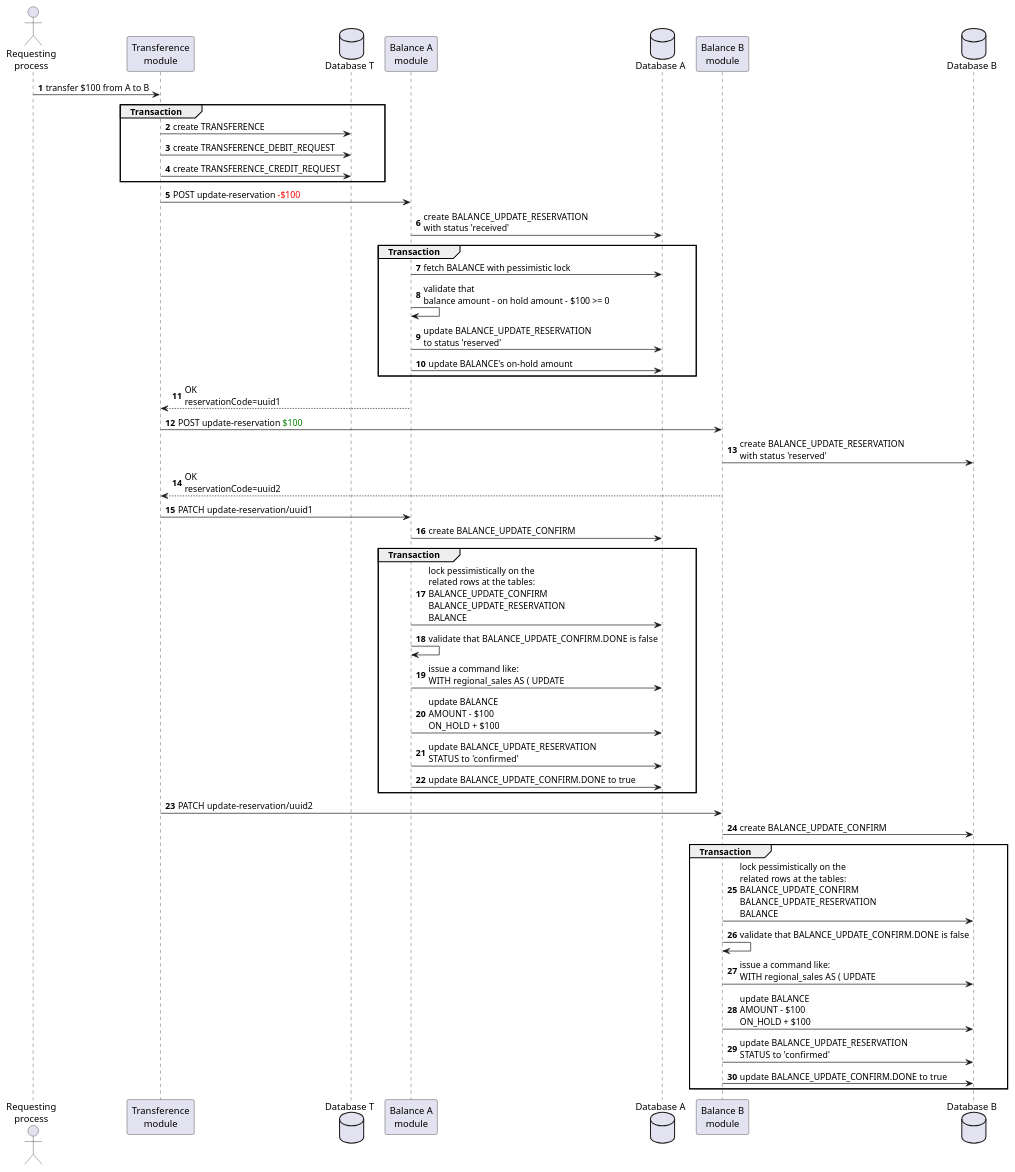
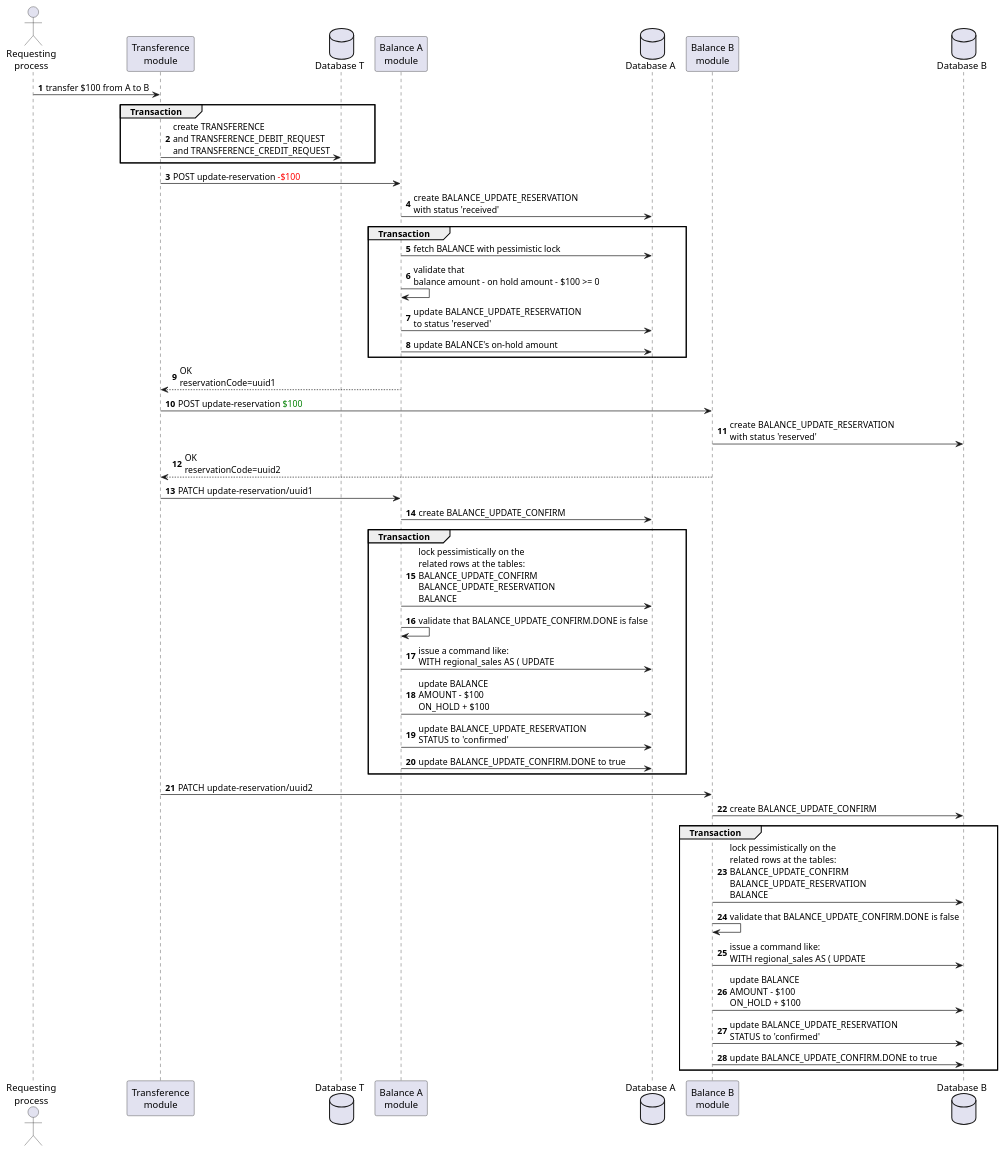
One commit to jfftonsic/kadmos-uc changed the diagram in documentation/transference.puml. Above: the diagram before and after it, drawn with PlantUML. The commit also changed 15 other files, not shown here.

```diff
--- a/documentation/transference.puml
+++ b/documentation/transference.puml
@@ -1,71 +1,69 @@
 @startuml
 'https://plantuml.com/sequence-diagram
 
 autonumber
 
 
 actor       "Requesting\nprocess"       as RP
 participant "Transference\nmodule" as TransfMod
 database    "Database T"    as DBT
 participant "Balance A\nmodule" as BalAMod
 database    "Database A"    as DBA
 participant "Balance B\nmodule" as BalBMod
 database    "Database B"    as DBB
 
 'boundary    Boundary    as Foo2
 'control     Control     as Foo3
 'entity      Entity      as Foo4
 'collections Collections as Foo6
 'queue       Queue       as Foo7
 
 RP -> TransfMod : transfer $100 from A to B
 group Transaction
-    TransfMod -> DBT : create TRANSFERENCE
-    TransfMod -> DBT : create TRANSFERENCE_DEBIT_REQUEST
-    TransfMod -> DBT : create TRANSFERENCE_CREDIT_REQUEST
+    TransfMod -> DBT : create TRANSFERENCE\nand TRANSFERENCE_DEBIT_REQUEST\nand TRANSFERENCE_CREDIT_REQUEST
 end
 
 TransfMod -> BalAMod : POST update-reservation <font color=red>-$100</font>
 BalAMod -> DBA : create BALANCE_UPDATE_RESERVATION\nwith status 'received'
 group Transaction
     BalAMod -> DBA : fetch BALANCE with pessimistic lock
     BalAMod -> BalAMod : validate that \nbalance amount - on hold amount - $100 >= 0
     BalAMod -> DBA : update BALANCE_UPDATE_RESERVATION\nto status 'reserved'
     BalAMod -> DBA : update BALANCE's on-hold amount
 end
 BalAMod --> TransfMod : OK\nreservationCode=uuid1
 
 TransfMod -> BalBMod : POST update-reservation <font color=green>$100</font>
 BalBMod -> DBB : create BALANCE_UPDATE_RESERVATION\nwith status 'reserved'
 BalBMod --> TransfMod : OK\nreservationCode=uuid2
 
 TransfMod -> BalAMod : PATCH update-reservation/uuid1
 BalAMod -> DBA : create BALANCE_UPDATE_CONFIRM
 group Transaction
     BalAMod -> DBA : lock pessimistically on the\nrelated rows at the tables:\nBALANCE_UPDATE_CONFIRM\nBALANCE_UPDATE_RESERVATION\nBALANCE
     BalAMod -> BalAMod : validate that BALANCE_UPDATE_CONFIRM.DONE is false
     BalAMod -> DBA : issue a command like:\nWITH regional_sales AS ( UPDATE
     BalAMod -> DBA : update BALANCE\nAMOUNT - $100\nON_HOLD + $100
     BalAMod -> DBA : update BALANCE_UPDATE_RESERVATION\nSTATUS to 'confirmed'
     BalAMod -> DBA : update BALANCE_UPDATE_CONFIRM.DONE to true
 end
 
 TransfMod -> BalBMod : PATCH update-reservation/uuid2
 BalBMod -> DBB : create BALANCE_UPDATE_CONFIRM
 group Transaction
     BalBMod -> DBB : lock pessimistically on the\nrelated rows at the tables:\nBALANCE_UPDATE_CONFIRM\nBALANCE_UPDATE_RESERVATION\nBALANCE
     BalBMod -> BalBMod : validate that BALANCE_UPDATE_CONFIRM.DONE is false
     BalBMod -> DBB : issue a command like:\nWITH regional_sales AS ( UPDATE
     BalBMod -> DBB : update BALANCE\nAMOUNT - $100\nON_HOLD + $100
     BalBMod -> DBB : update BALANCE_UPDATE_RESERVATION\nSTATUS to 'confirmed'
     BalBMod -> DBB : update BALANCE_UPDATE_CONFIRM.DONE to true
 end
 
 'TransfMod -> Foo2 : To boundary
 'TransfMod -> Foo3 : To control
 'TransfMod -> Foo4 : To entity
 'TransfMod -> DBA : To database
 'TransfMod -> Foo6 : To collections
 'TransfMod -> Foo7 : To queue
 
 @enduml
```
